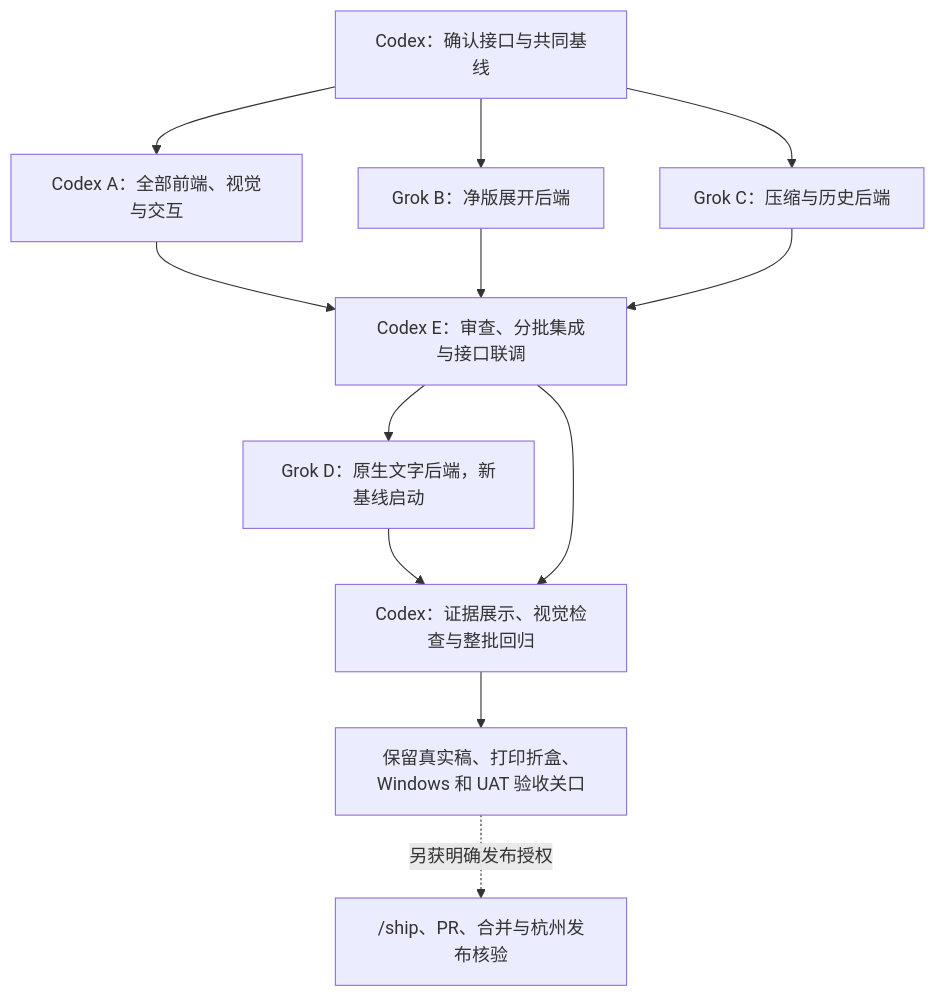
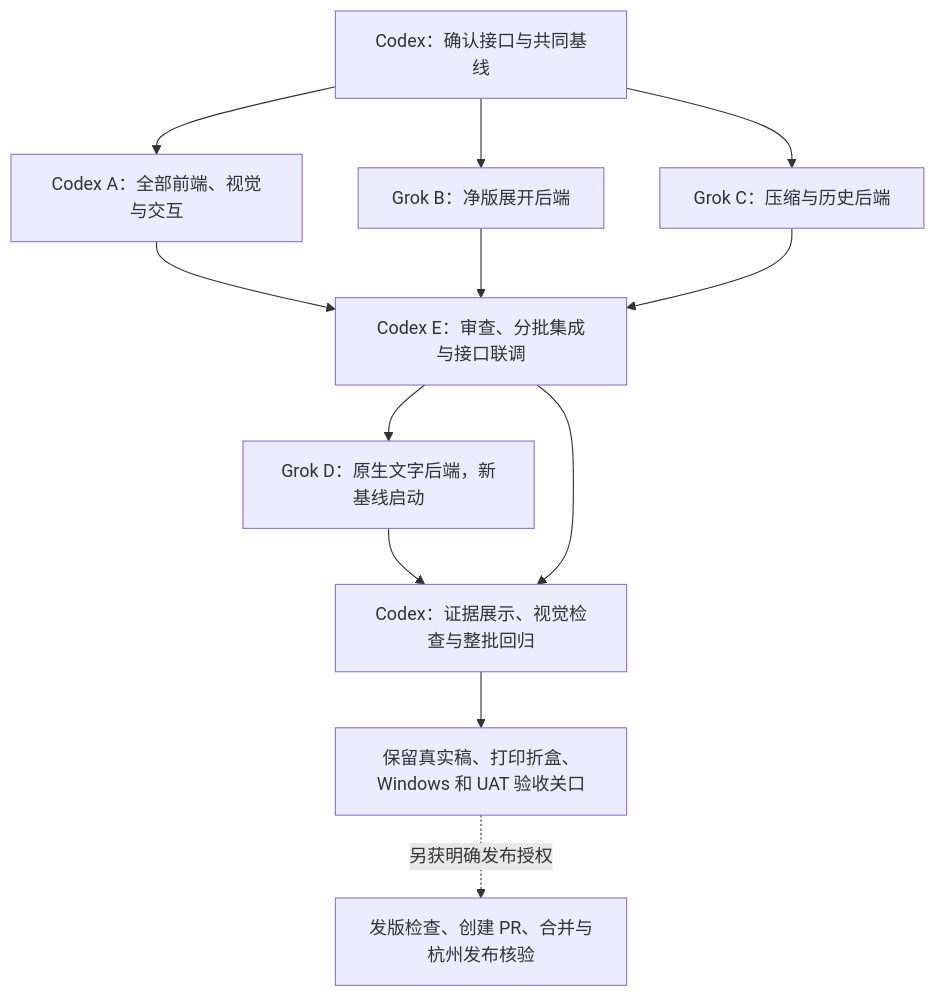
One commit to tyuanww/beian changed the diagram in docs/designs/2026-10-09-grok-parallel-handoff.md. Above: the diagram before and after it, drawn with Mermaid. The commit also changed other lines of this file and 11 other files, not shown here.

````diff
--- a/docs/designs/2026-10-09-grok-parallel-handoff.md
+++ b/docs/designs/2026-10-09-grok-parallel-handoff.md
@@ -28,14 +28,14 @@
 ```mermaid
 flowchart TD
   M[Codex：确认接口与共同基线] --> A[Codex A：全部前端、视觉与交互]
   M --> B[Grok B：净版展开后端]
   M --> C[Grok C：压缩与历史后端]
   A --> E[Codex E：审查、分批集成与接口联调]
   B --> E
   C --> E
   E --> D[Grok D：原生文字后端，新基线启动]
   D --> F[Codex：证据展示、视觉检查与整批回归]
   E --> F
   F --> G[保留真实稿、打印折盒、Windows 和 UAT 验收关口]
-  G -.另获明确发布授权.-> H["/ship、PR、合并与杭州发布核验"]
+  G -.另获明确发布授权.-> H["发版检查、创建 PR、合并与杭州发布核验"]
 ```
````
